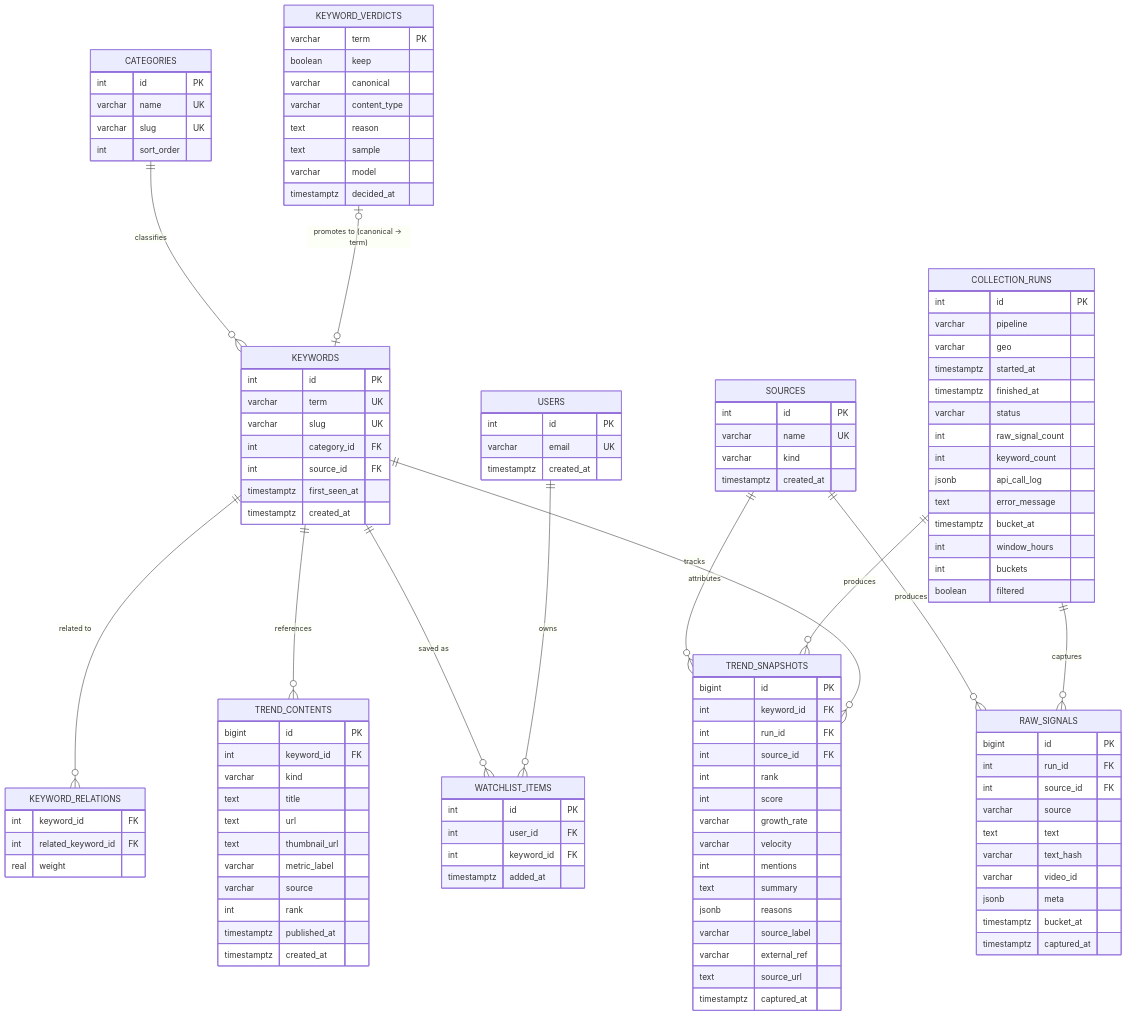
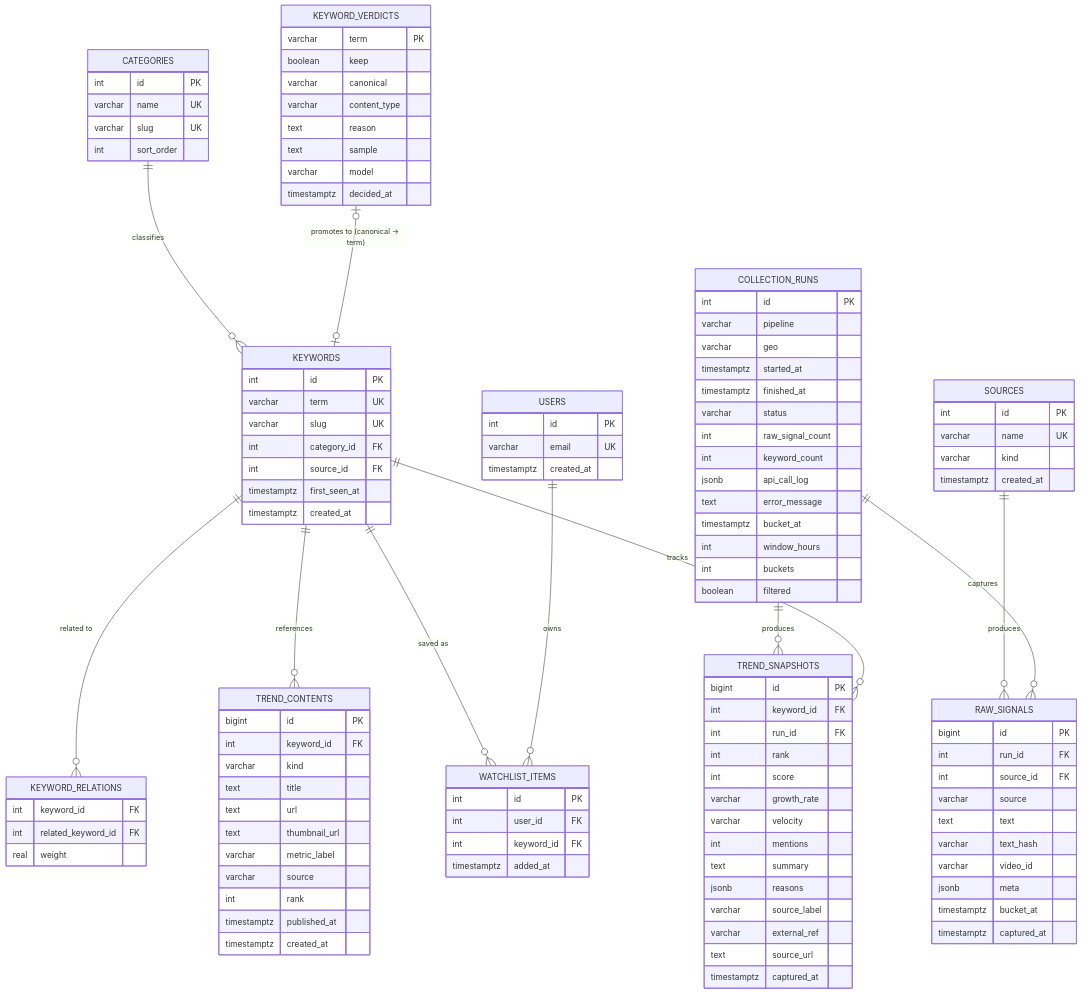
One commit to songhaeunsong/TrendDrop changed the diagram in docs/page-analysis-and-backend-design.md. Above: the diagram before and after it, drawn with Mermaid. The commit also changed other lines of this file and 5 other files, not shown here.

First line of the commit message:
fix: trend_snapshots.source_id 컬럼 제거

```diff
--- a/docs/page-analysis-and-backend-design.md
+++ b/docs/page-analysis-and-backend-design.md
@@ -155,7 +155,6 @@
 erDiagram
   CATEGORIES ||--o{ KEYWORDS : classifies
   SOURCES ||--o{ RAW_SIGNALS : produces
-  SOURCES ||--o{ TREND_SNAPSHOTS : attributes
   COLLECTION_RUNS ||--o{ RAW_SIGNALS : captures
   COLLECTION_RUNS ||--o{ TREND_SNAPSHOTS : produces
   KEYWORDS ||--o{ TREND_SNAPSHOTS : tracks
@@ -218,7 +217,6 @@
     bigint id PK
     int keyword_id FK
     int run_id FK
-    int source_id FK
     int rank
     int score
     varchar growth_rate
```
